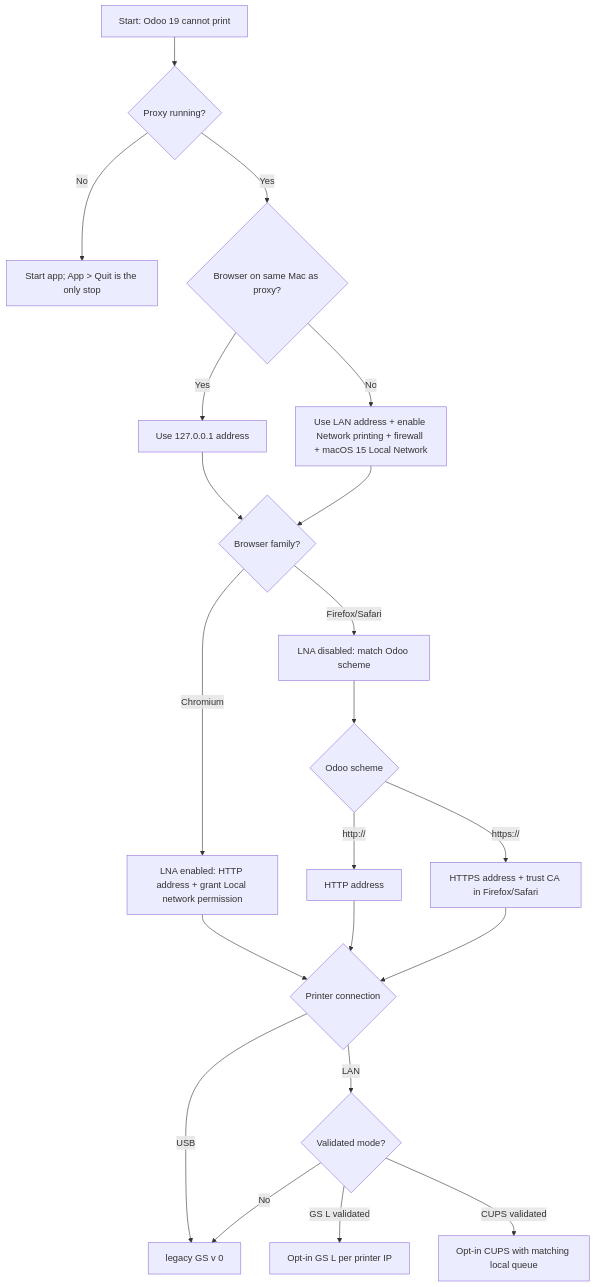
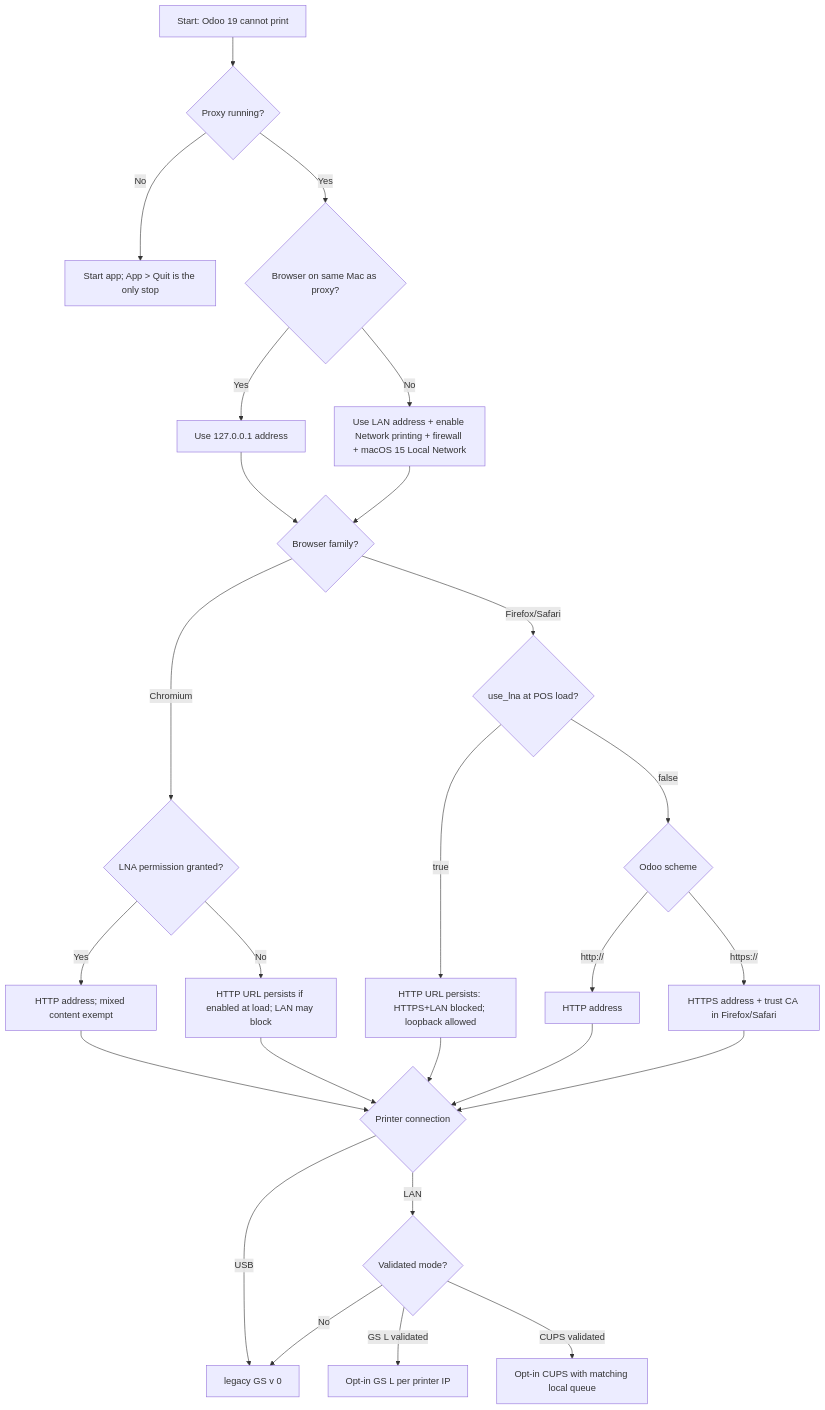
One commit to MDominicRQ/obox-app changed the diagram in docs/printing-modes.md. Above: the diagram before and after it, drawn with Mermaid. The commit also changed other lines of this file and 2 other files, not shown here.

First line of the commit message:
Correct browser evidence, URL contract and rollback in printing modes

````diff
--- a/docs/printing-modes.md
+++ b/docs/printing-modes.md
@@ -191,23 +233,28 @@
 ```mermaid
 flowchart TD
     A[Start: Odoo 19 cannot print] --> B{Proxy running?}
     B -- No --> B1[Start app; App > Quit is the only stop]
     B -- Yes --> C{Browser on same Mac as proxy?}
     C -- Yes --> D[Use 127.0.0.1 address]
     C -- No --> E[Use LAN address + enable Network printing + firewall + macOS 15 Local Network]
     D --> F{Browser family?}
     E --> F
-    F -- Chromium --> G[LNA enabled: HTTP address + grant Local network permission]
-    F -- Firefox/Safari --> H[LNA disabled: match Odoo scheme]
-    H --> I{Odoo scheme}
+    F -- Chromium --> G{LNA permission granted?}
+    G -- Yes --> G1[HTTP address; mixed content exempt]
+    G -- No --> G2[HTTP URL persists if enabled at load; LAN may block]
+    F -- Firefox/Safari --> H{use_lna at POS load?}
+    H -- true --> H1[HTTP URL persists: HTTPS+LAN blocked; loopback allowed]
+    H -- false --> I{Odoo scheme}
     I -- http:// --> J[HTTP address]
     I -- https:// --> K[HTTPS address + trust CA in Firefox/Safari]
-    G --> L{Printer connection}
+    G1 --> L{Printer connection}
+    G2 --> L
+    H1 --> L
     J --> L
     K --> L
     L -- USB --> M[legacy GS v 0]
     L -- LAN --> N{Validated mode?}
     N -- No --> M
     N -- GS L validated --> O[Opt-in GS L per printer IP]
     N -- CUPS validated --> P[Opt-in CUPS with matching local queue]
 ```
````
